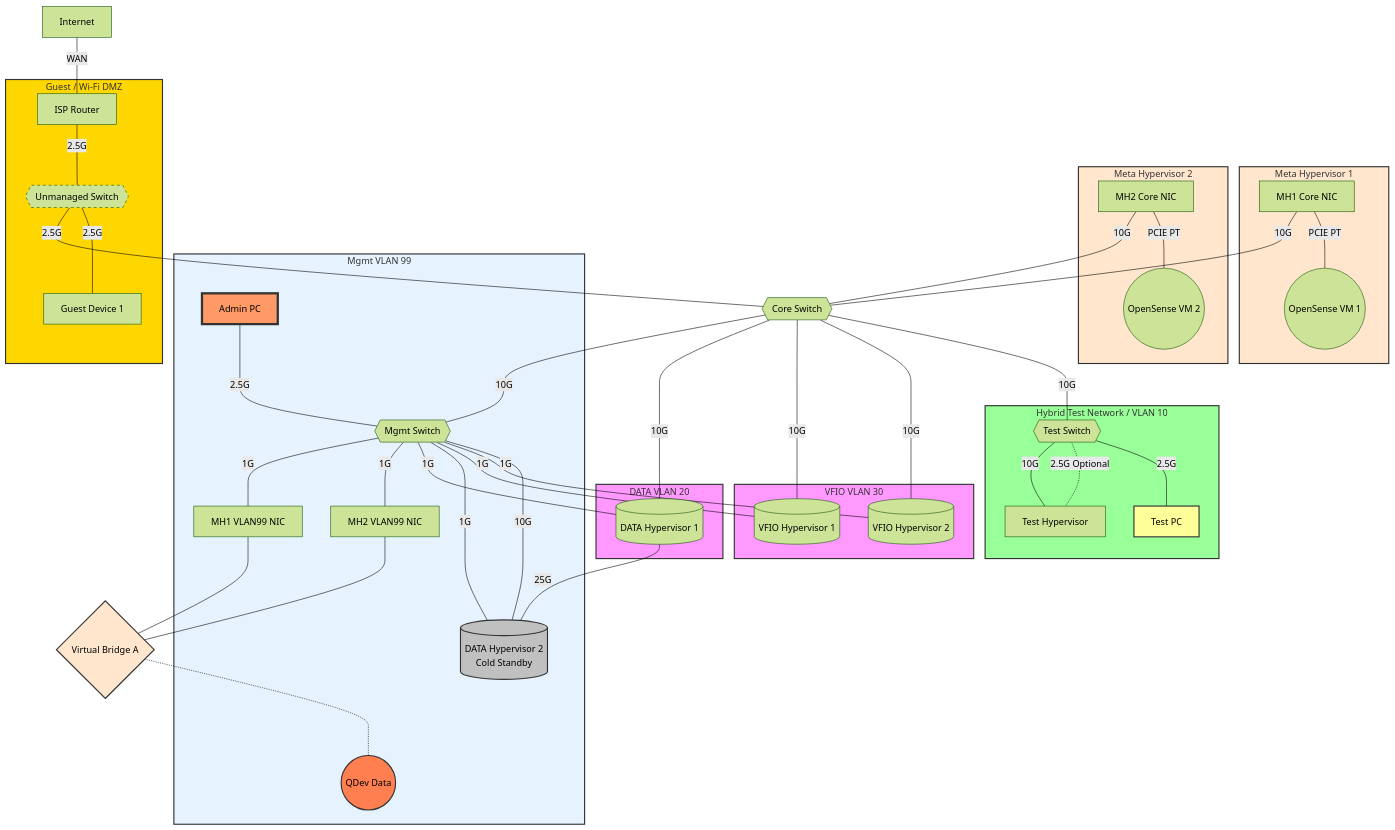
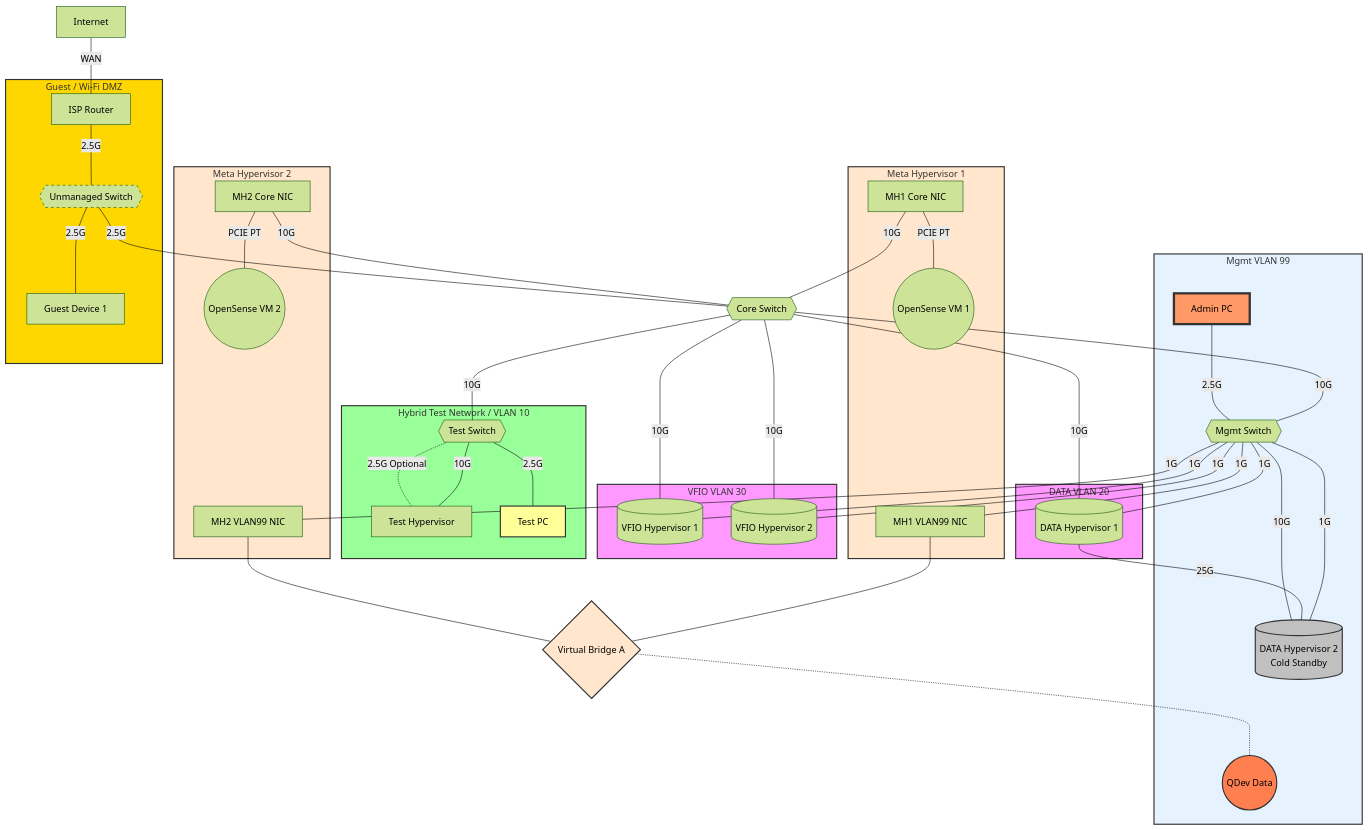
The diagram in alp/netop8.md (woeiru/lab), drawn with Mermaid (forest theme) before and after one commit.

Commit message:
alp/netop8.md: add NIC labels to hypervisor subgraphs

```diff
--- a/alp/netop8.md
+++ b/alp/netop8.md
@@ -29,11 +29,13 @@
 
     subgraph MH1[Meta Hypervisor 1]
         MH1NIC2 ---|"PCIE PT"| OPN1((OpenSense VM 1))
+        MH1NIC3
     end
         MH1NIC3 --- VBA
 
     subgraph MH2[Meta Hypervisor 2]
         MH2NIC2 ---|"PCIE PT"| OPN2((OpenSense VM 2))
+        MH2NIC3
     end
         MH2NIC3 --- VBA
 
```
